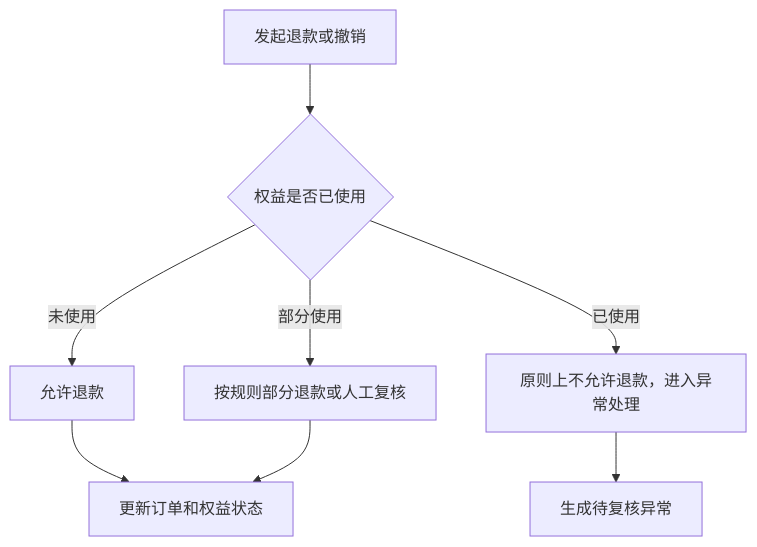
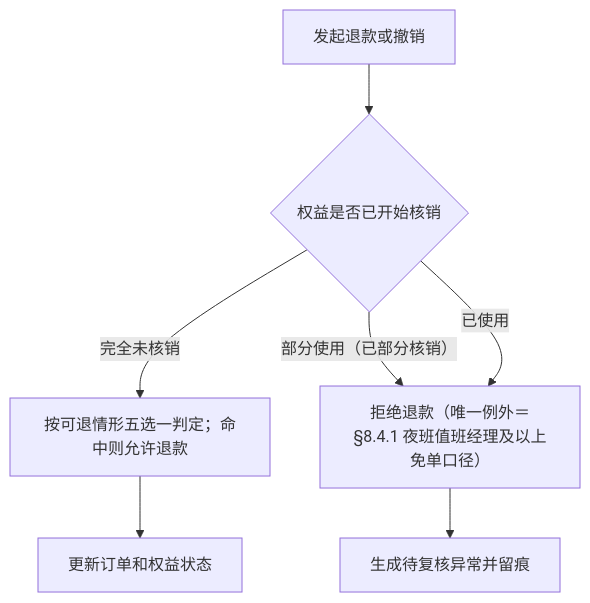
One commit to jxh1979/mall changed the fourth of 5 diagrams in docs/ticketing-entitlement-checkin-product-prd-v0.1.md. Above: the diagram before and after it, drawn with Mermaid. The commit also changed other lines of this file and 23 other files, not shown here.

````diff
--- a/docs/ticketing-entitlement-checkin-product-prd-v0.1.md
+++ b/docs/ticketing-entitlement-checkin-product-prd-v0.1.md
@@ -299,10 +407,9 @@
 ```mermaid
 flowchart TD
-  A["发起退款或撤销"] --> B{"权益是否已使用"}
-  B -- 未使用 --> C["允许退款"]
-  B -- 部分使用 --> D["按规则部分退款或人工复核"]
-  B -- 已使用 --> E["原则上不允许退款，进入异常处理"]
+  A["发起退款或撤销"] --> B{"权益是否已开始核销"}
+  B -- 完全未核销 --> C["按可退情形五选一判定；命中则允许退款"]
+  B -- 部分使用（已部分核销） --> D["拒绝退款（唯一例外＝§8.4.1 夜班值班经理及以上免单口径）"]
+  B -- 已使用 --> D
   C --> F["更新订单和权益状态"]
-  D --> F
-  E --> G["生成待复核异常"]
+  D --> G["生成待复核异常并留痕"]
 ```
````
